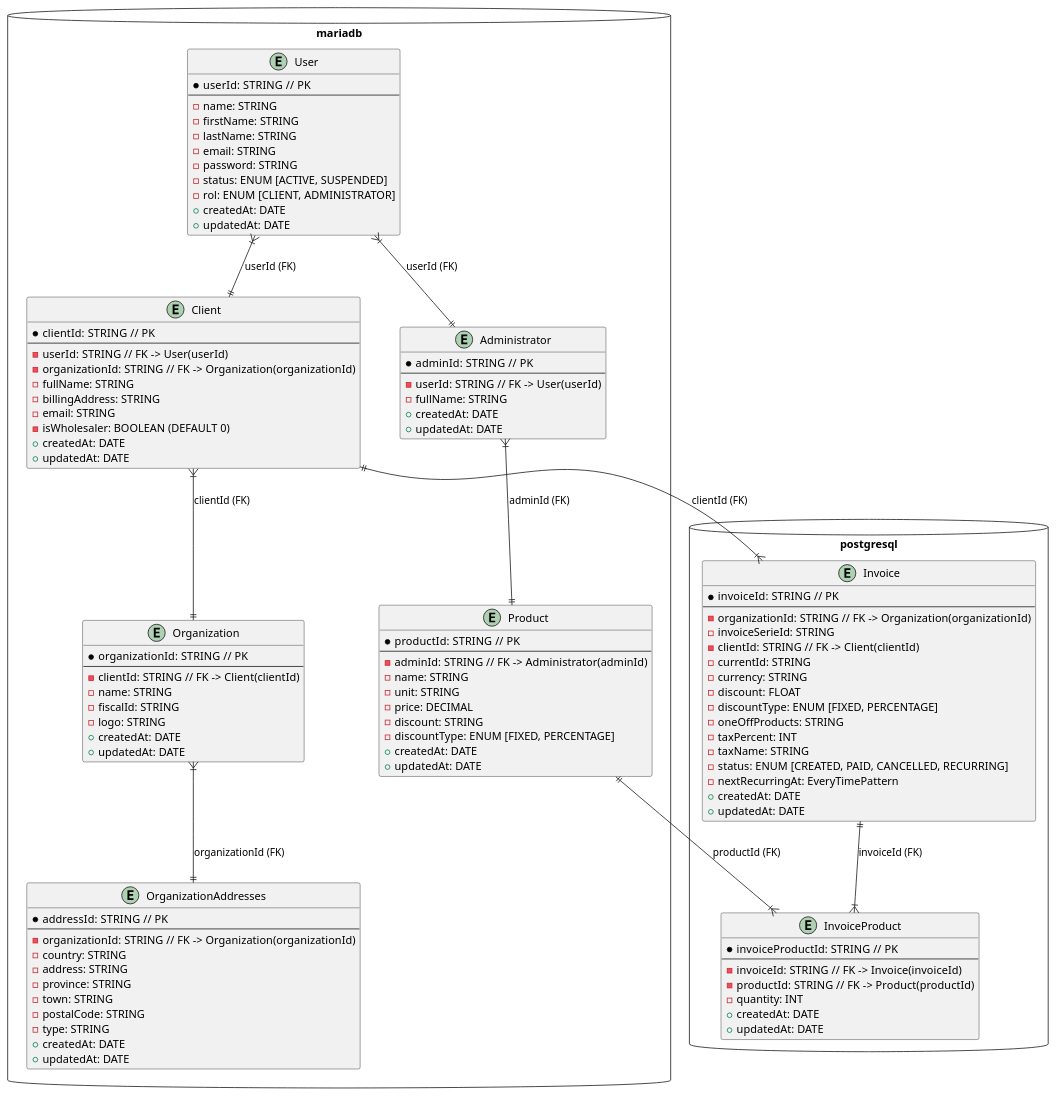
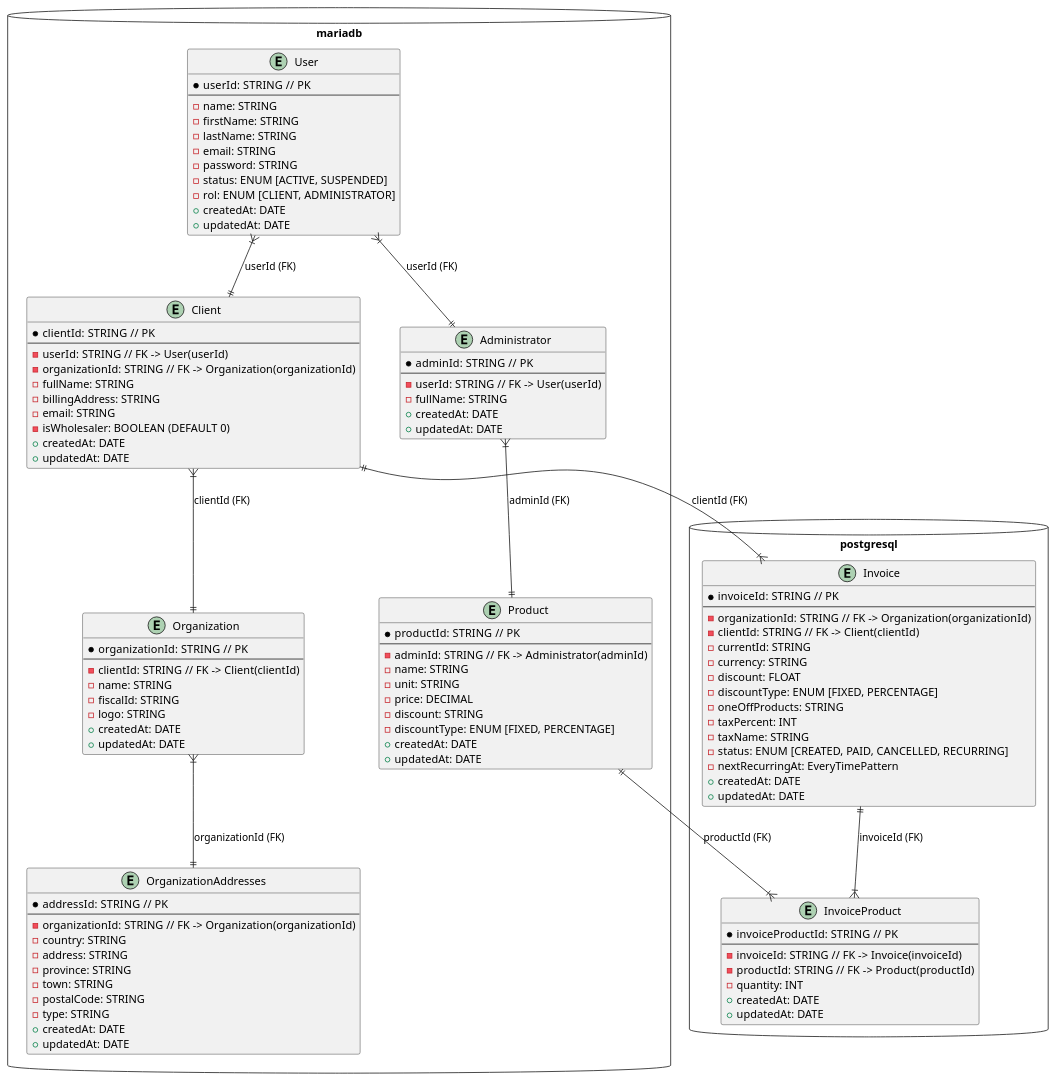
One commit to DanielGonzlez/TFG changed the diagram in docs/entity-diagram.puml. Above: the diagram before and after it, drawn with PlantUML. The commit also changed 3 other files, not shown here.

```diff
--- a/docs/entity-diagram.puml
+++ b/docs/entity-diagram.puml
@@ -1,135 +1,134 @@
 @startuml
 
 ' Dirección vertical (de arriba a abajo)
 top to bottom direction
 
 skinparam entityPadding 20
 skinparam entityFontSize 14
 
 ' Paquete bussiness (Base de datos MariaDB)
 database mariadb {
     together {
         entity Administrator {
         * adminId: STRING  // PK
         --
         - userId: STRING  // FK -> User(userId)
         - fullName: STRING
         + createdAt: DATE
         + updatedAt: DATE
         }
 
         entity Product {
             * productId: STRING  // PK
             --
             - adminId: STRING  // FK -> Administrator(adminId)
             - name: STRING
             - unit: STRING
             - price: DECIMAL
             - discount: STRING
             - discountType: ENUM [FIXED, PERCENTAGE]
             + createdAt: DATE
             + updatedAt: DATE
         }
     }
 
     entity User {
         * userId: STRING  // PK
         --
         - name: STRING
         - firstName: STRING
         - lastName: STRING
         - email: STRING
         - password: STRING
         - status: ENUM [ACTIVE, SUSPENDED]
         - rol: ENUM [CLIENT, ADMINISTRATOR]
         + createdAt: DATE
         + updatedAt: DATE
     }
 
     together {
         entity OrganizationAddresses {
             * addressId: STRING  // PK
             --
             - organizationId: STRING  // FK -> Organization(organizationId)
             - country: STRING
             - address: STRING
             - province: STRING
             - town: STRING
             - postalCode: STRING
             - type: STRING
             + createdAt: DATE
             + updatedAt: DATE
         }
 
         entity Organization {
             * organizationId: STRING  // PK
             --
             - clientId: STRING  // FK -> Client(clientId)
             - name: STRING
             - fiscalId: STRING
             - logo: STRING
             + createdAt: DATE
             + updatedAt: DATE
         }
 
         entity Client {
             * clientId: STRING  // PK
             --
             - userId: STRING  // FK -> User(userId)
             - organizationId: STRING  // FK -> Organization(organizationId)
             - fullName: STRING
             - billingAddress: STRING
             - email: STRING
             - isWholesaler: BOOLEAN (DEFAULT 0)
             + createdAt: DATE
             + updatedAt: DATE
         }
     }
 }
 
 ' Paquete invoices (Base de datos PostgreSQL)
 database postgresql {
     entity InvoiceProduct {
         * invoiceProductId: STRING  // PK
         --
         - invoiceId: STRING  // FK -> Invoice(invoiceId)
         - productId: STRING  // FK -> Product(productId)
         - quantity: INT
         + createdAt: DATE
         + updatedAt: DATE
     }
 
     entity Invoice {
         * invoiceId: STRING  // PK
         --
         - organizationId: STRING  // FK -> Organization(organizationId)
-        - invoiceSerieId: STRING
         - clientId: STRING  // FK -> Client(clientId)
         - currentId: STRING
         - currency: STRING
         - discount: FLOAT
         - discountType: ENUM [FIXED, PERCENTAGE]
         - oneOffProducts: STRING
         - taxPercent: INT
         - taxName: STRING
         - status: ENUM [CREATED, PAID, CANCELLED, RECURRING]
         - nextRecurringAt: EveryTimePattern
         + createdAt: DATE
         + updatedAt: DATE
     }
 }
 
 ' Relaciones de base de datos entre tablas
 User }|--|| Client : "userId (FK)"
 User }|--|| Administrator : "userId (FK)"
 Administrator }|--|| Product : "adminId (FK)"
 
 Client }|--|| Organization : "clientId (FK)"
 Client ||--|{ Invoice : "clientId (FK)"
 
 Organization }|--|| OrganizationAddresses : "organizationId (FK)"
 
 Invoice ||--|{ InvoiceProduct : "invoiceId (FK)"
 InvoiceProduct }|--|| Product : "productId (FK)"
 
 @enduml
```
